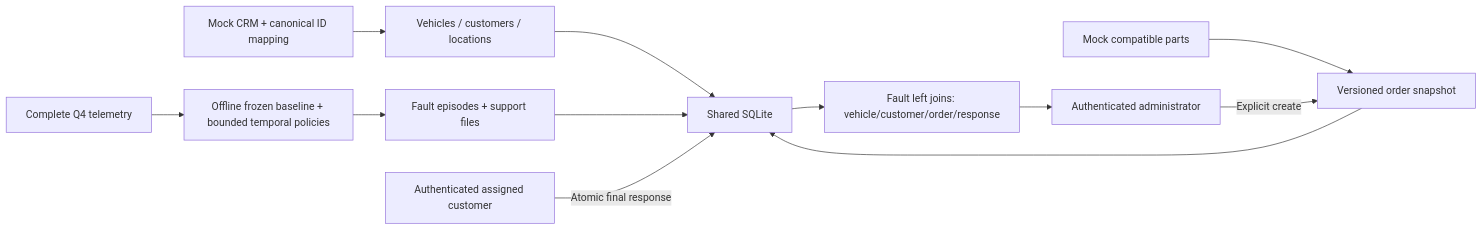
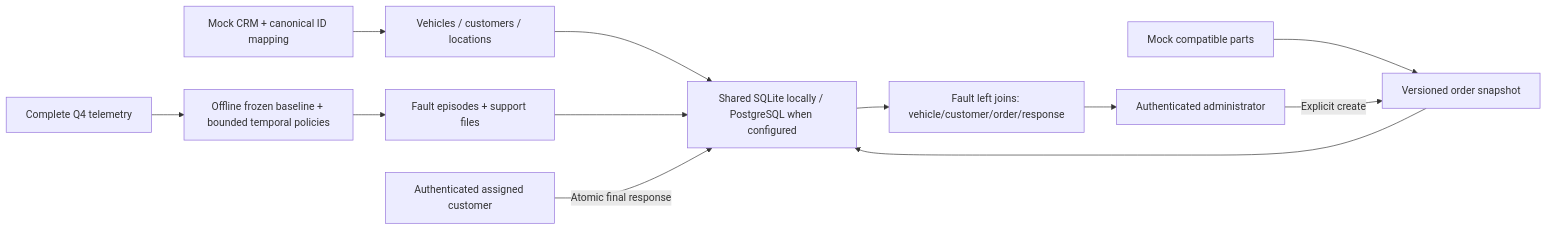
The diagram in docs/ARCHITECTURE.md (Enamul22/FleetCare-PredictiveMaintenance), drawn with Mermaid before and after one commit. The commit also changed other lines of this file and 24 other files, not shown here.

Commit message:
Add durable PostgreSQL storage with tested Neon migration

````diff
--- a/docs/ARCHITECTURE.md
+++ b/docs/ARCHITECTURE.md
@@ -6,14 +6,14 @@
 ```mermaid
 flowchart LR
   CRM[Mock CRM + canonical ID mapping] --> Fleet[Vehicles / customers / locations]
   ERP[Mock compatible parts] --> Snapshot[Versioned order snapshot]
   Telemetry[Complete Q4 telemetry] --> Detector[Offline frozen baseline + bounded temporal policies]
   Detector --> Episodes[Fault episodes + support files]
-  Fleet --> DB[Shared SQLite]
+  Fleet --> DB[Shared SQLite locally / PostgreSQL when configured]
   Episodes --> DB
   Admin[Authenticated administrator] -->|Explicit create| Snapshot
   Snapshot --> DB
   Customer[Authenticated assigned customer] -->|Atomic final response| DB
   DB --> Joined[Fault left joins: vehicle/customer/order/response]
   Joined --> Admin
 ```
````
